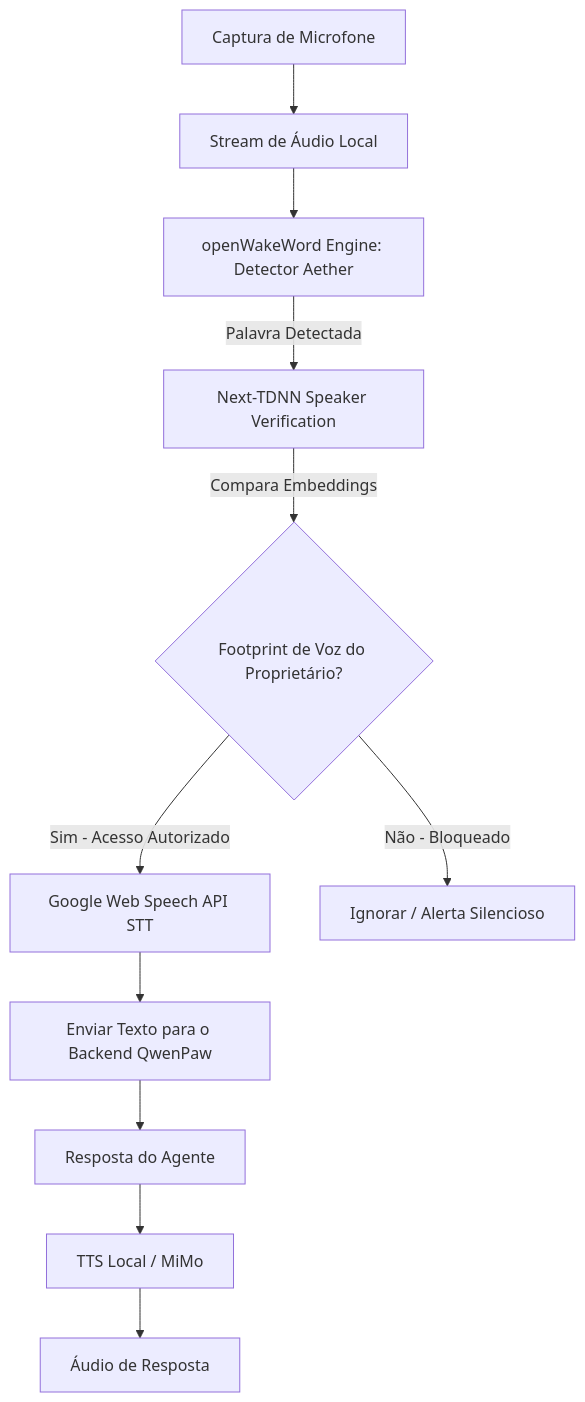
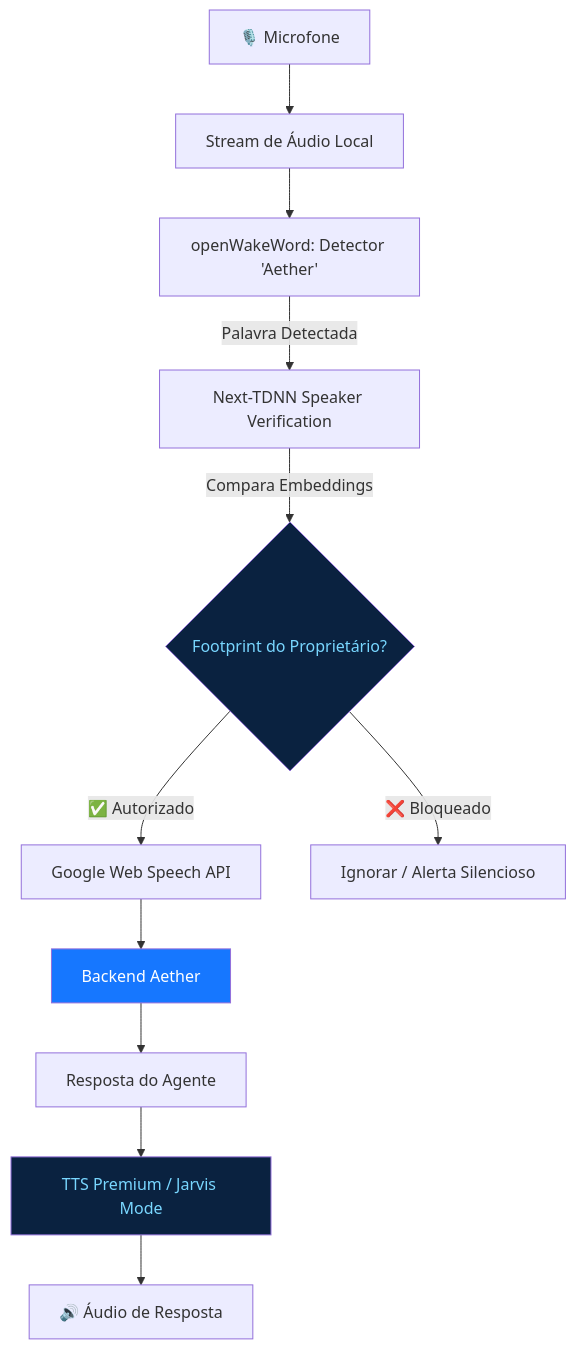
Before and after one commit to murilozone-arch/Aether: the diagram in README.md, drawn with Mermaid. The commit also changed other lines of this file and 2 other files, not shown here.

````diff
--- a/README.md
+++ b/README.md
@@ -23,13 +89,17 @@
 ```mermaid
 graph TD
-    Mic[Captura de Microfone] --> AudioStream[Stream de Áudio Local]
-    AudioStream --> WakeWord[openWakeWord Engine: Detector Aether]
+    Mic[🎙️ Microfone] --> AudioStream[Stream de Áudio Local]
+    AudioStream --> WakeWord["openWakeWord: Detector 'Aether'"]
     WakeWord -->|Palavra Detectada| SpeakerVerifier[Next-TDNN Speaker Verification]
-    SpeakerVerifier -->|Compara Embeddings| Footprint{Footprint de Voz do Proprietário?}
-    Footprint -->|Sim - Acesso Autorizado| STT[Google Web Speech API STT]
-    Footprint -->|Não - Bloqueado| Silent[Ignorar / Alerta Silencioso]
-    STT --> SendToAgent[Enviar Texto para o Backend QwenPaw]
+    SpeakerVerifier -->|Compara Embeddings| Footprint{Footprint do Proprietário?}
+    Footprint -->|✅ Autorizado| STT[Google Web Speech API]
+    Footprint -->|❌ Bloqueado| Silent[Ignorar / Alerta Silencioso]
+    STT --> SendToAgent[Backend Aether]
     SendToAgent --> AgentReply[Resposta do Agente]
-    AgentReply --> TTS[TTS Local / MiMo]
-    TTS --> Speaker[Áudio de Resposta]
+    AgentReply --> TTS[TTS Premium / Jarvis Mode]
+    TTS --> Speaker[🔊 Áudio de Resposta]
+
+    style Footprint fill:#0A2240,color:#79D7FF
+    style SendToAgent fill:#1677ff,color:#fff
+    style TTS fill:#0A2240,color:#79D7FF
 ```
````
